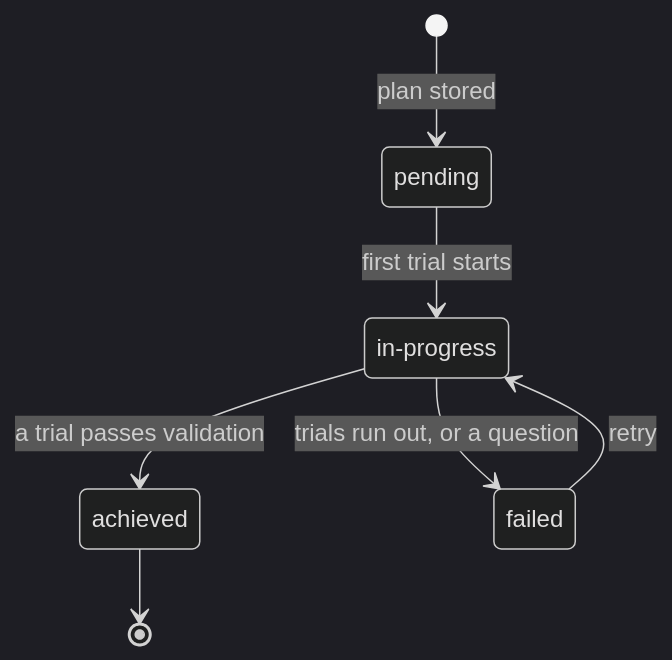
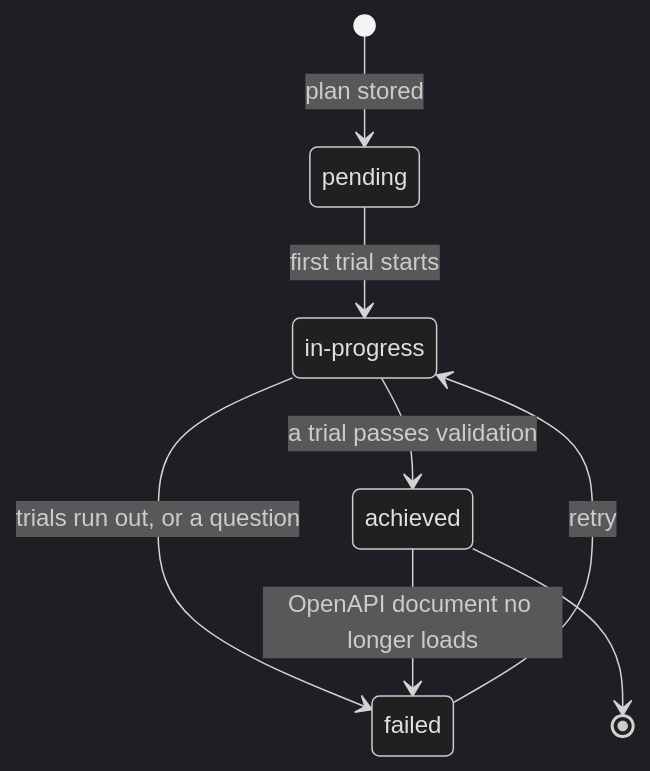
Before and after one commit to youssef7ussien/claude-devloops: the third of 6 diagrams in docs/how-it-works/statuses.md, drawn with Mermaid (dark theme). The commit also changed other lines of this file and 64 other files, not shown here.

````diff
--- a/docs/how-it-works/statuses.md
+++ b/docs/how-it-works/statuses.md
@@ -121,10 +127,11 @@
 ```mermaid
 stateDiagram-v2
   state "in-progress" as inProgress
   [*] --> pending: plan stored
   pending --> inProgress: first trial starts
   inProgress --> achieved: a trial passes validation
   inProgress --> failed: trials run out, or a question
+  achieved --> failed: OpenAPI document no longer loads
   failed --> inProgress: retry
   achieved --> [*]
 ```
````
